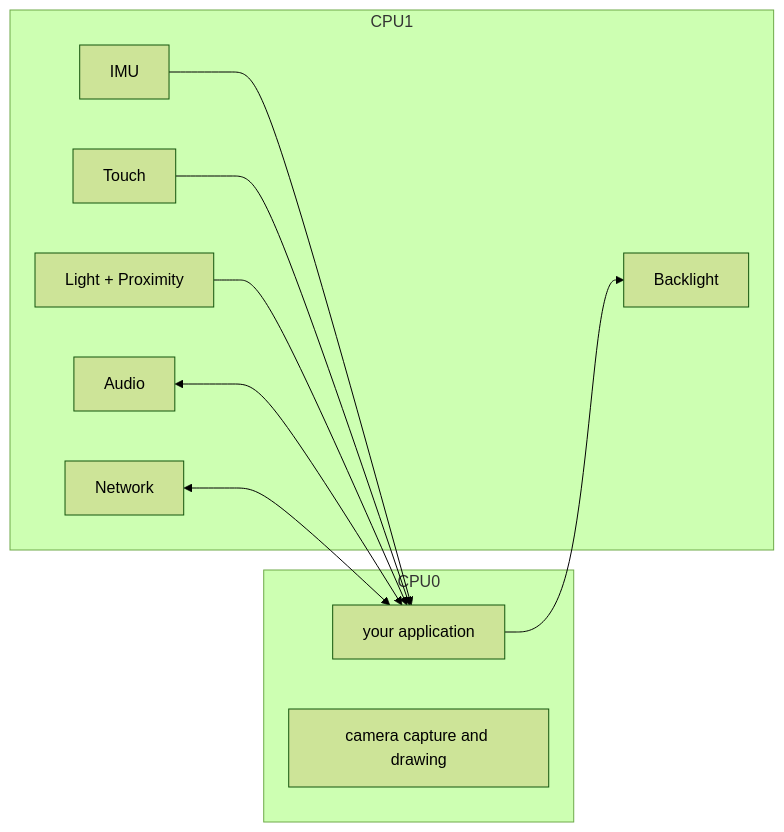
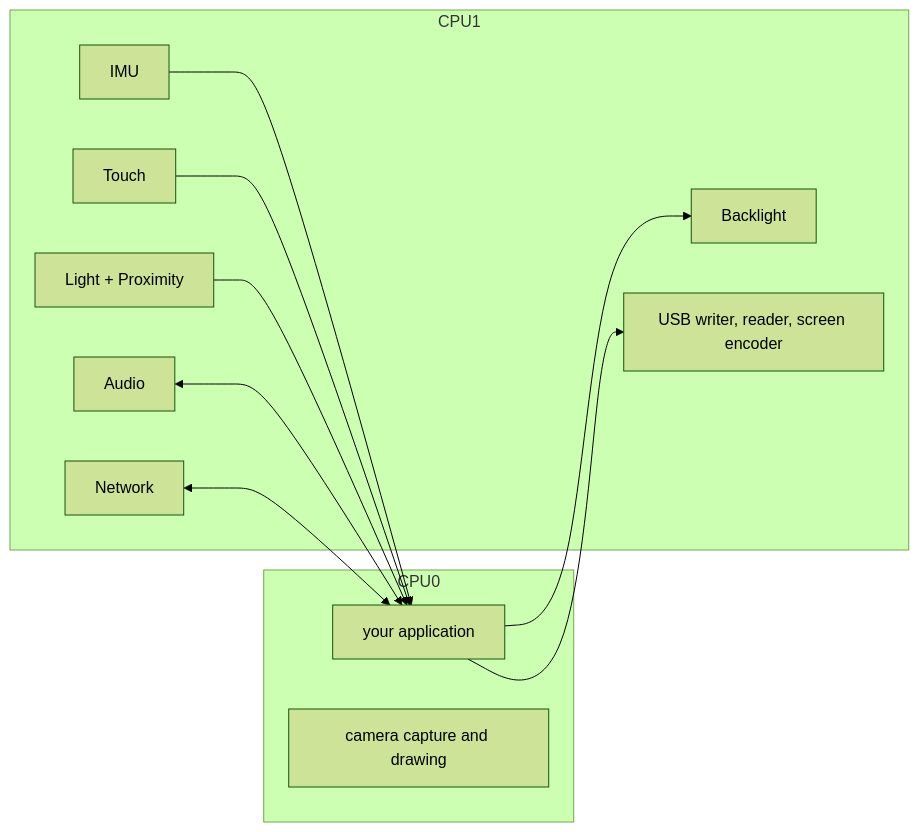
The third of 8 diagrams in docs/architecture.md (ERNICommunity/hack-and-hike-2026-rust), drawn with Mermaid (forest theme) before and after one commit. The commit also changed other lines of this file and 44 other files, not shown here.

````diff
--- a/docs/architecture.md
+++ b/docs/architecture.md
@@ -166,21 +174,23 @@
 ```mermaid
 flowchart LR
     subgraph CPU0
         App["your application"]
         Camera["camera capture and drawing"]
     end
     subgraph CPU1
         IMU["IMU"]
         Touch["Touch"]
         Light["Light + Proximity"]
         Audio["Audio"]
         Network["Network"]
         Backlight["Backlight"]
+        Usb["USB writer, reader, screen encoder"]
     end
     IMU --> App
     Touch --> App
     Light --> App
     Audio <--> App
     Network <--> App
     App --> Backlight
+    App --> Usb
 ```
````
